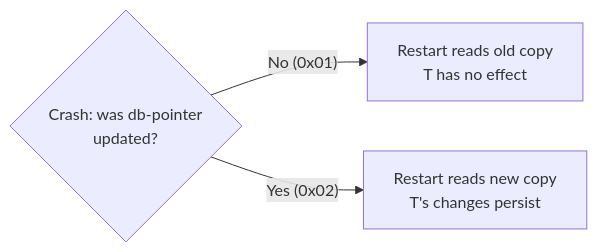
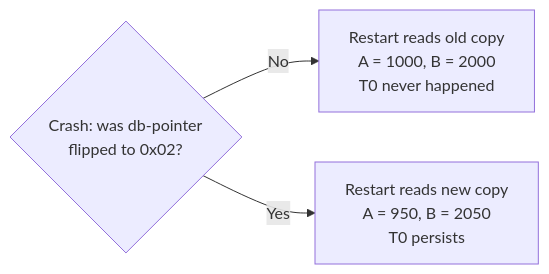
The third of 9 diagrams in dbms/13-atomicity-durability.md (aaryan-pradhan/core-cs-fundamentals), drawn with Mermaid before and after one commit. The commit also changed other lines of this file, not shown here.

````diff
--- a/dbms/13-atomicity-durability.md
+++ b/dbms/13-atomicity-durability.md
@@ -56,5 +47,5 @@
 ```mermaid
 flowchart LR
-  F{"Crash: was db-pointer<br/>updated?"} -- "No (0x01)" --> A["Restart reads old copy<br/>T has no effect"]
-  F -- "Yes (0x02)" --> B["Restart reads new copy<br/>T's changes persist"]
+  F{"Crash: was db-pointer<br/>flipped to 0x02?"} -- "No" --> A["Restart reads old copy<br/>A = 1000, B = 2000<br/>T0 never happened"]
+  F -- "Yes" --> B["Restart reads new copy<br/>A = 950, B = 2050<br/>T0 persists"]
 ```
````
